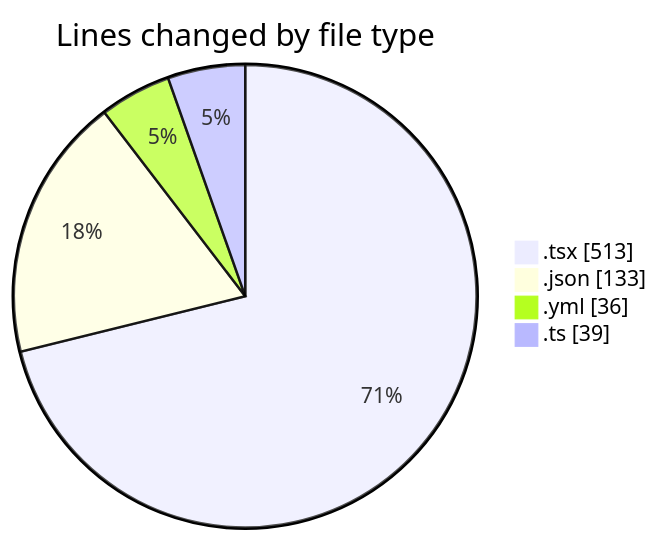
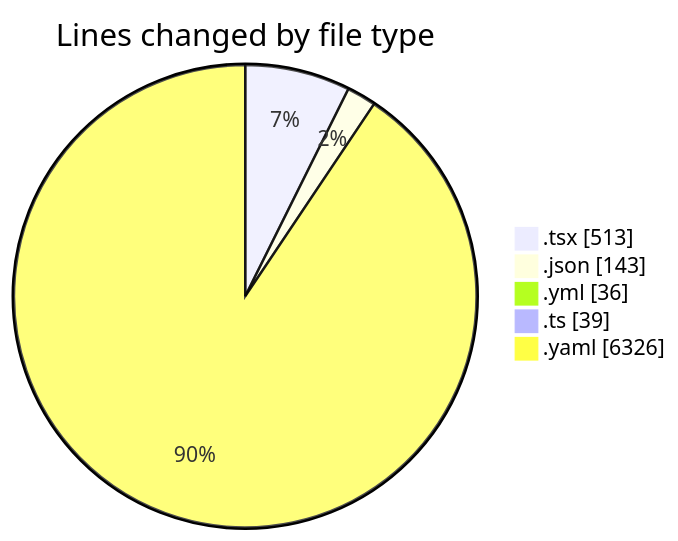
The first of 2 diagrams in 2025-11-27/eventscop-frontend-guide__workspace_/README.md (julien-gomy/code-tracking), drawn with Mermaid before and after one commit. The commit also changed other lines of this file and 1 other file, not shown here.

````diff
--- a/2025-11-27/eventscop-frontend-guide__workspace_/README.md
+++ b/2025-11-27/eventscop-frontend-guide__workspace_/README.md
@@ -30,8 +31,9 @@
 ```mermaid
 pie showData
 title Lines changed by file type
 ".tsx" : 513
-".json" : 133
+".json" : 143
 ".yml" : 36
 ".ts" : 39
+".yaml" : 6326
 ```
````
